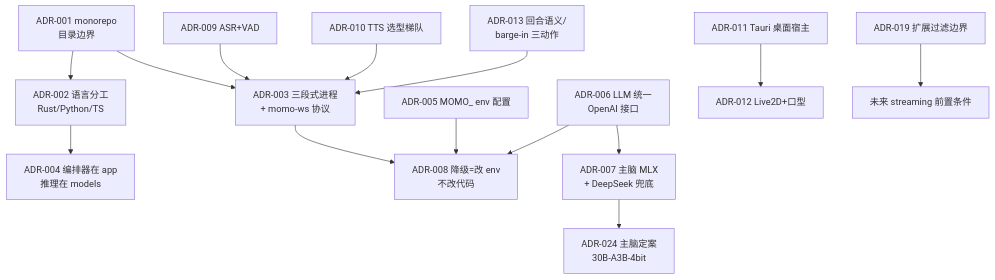
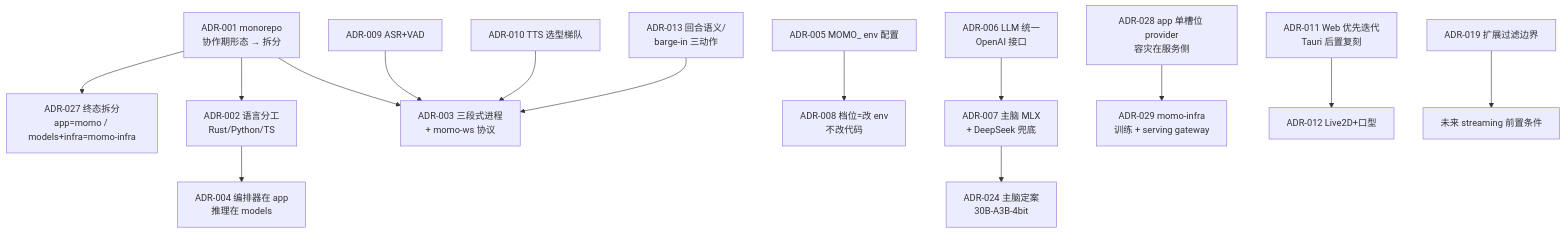
Before and after one commit to Momoyeyu/momo: the diagram in docs/00-context/decisions.md, drawn with Mermaid. The commit also changed other lines of this file and 18 other files, not shown here.

Commit message:
docs: correct product direction — humanlike companion core, web-first host, repo split plan, provider boundary

````diff
--- a/docs/00-context/decisions.md
+++ b/docs/00-context/decisions.md
@@ -6,16 +6,16 @@
 ```mermaid
 flowchart TD
-    ADR001["ADR-001 monorepo<br/>目录边界"] --> ADR002["ADR-002 语言分工<br/>Rust/Python/TS"]
+    ADR001["ADR-001 monorepo<br/>协作期形态 → 拆分"] --> ADR027["ADR-027 终态拆分<br/>app=momo / models+infra=momo-infra"]
+    ADR001 --> ADR002["ADR-002 语言分工<br/>Rust/Python/TS"]
     ADR001 --> ADR003["ADR-003 三段式进程<br/>+ momo-ws 协议"]
     ADR002 --> ADR004["ADR-004 编排器在 app<br/>推理在 models"]
-    ADR003 --> ADR008["ADR-008 降级=改 env<br/>不改代码"]
-    ADR005["ADR-005 MOMO_ env 配置"] --> ADR008
+    ADR005["ADR-005 MOMO_ env 配置"] --> ADR008["ADR-008 档位=改 env<br/>不改代码"]
     ADR006["ADR-006 LLM 统一<br/>OpenAI 接口"] --> ADR007["ADR-007 主脑 MLX<br/>+ DeepSeek 兜底"]
     ADR007 --> ADR024["ADR-024 主脑定案<br/>30B-A3B-4bit"]
-    ADR006 --> ADR008
+    ADR028["ADR-028 app 单槽位 provider<br/>容灾在服务侧"] --> ADR029["ADR-029 momo-infra<br/>训练 + serving gateway"]
     ADR009["ADR-009 ASR+VAD"] --> ADR003
     ADR010["ADR-010 TTS 选型梯队"] --> ADR003
-    ADR011["ADR-011 Tauri 桌面宿主"] --> ADR012["ADR-012 Live2D+口型"]
+    ADR011["ADR-011 Web 优先迭代<br/>Tauri 后置复刻"] --> ADR012["ADR-012 Live2D+口型"]
     ADR013["ADR-013 回合语义/<br/>barge-in 三动作"] --> ADR003
     ADR019["ADR-019 扩展过滤边界"] --> FUTURE["未来 streaming 前置条件"]
 ```
````
